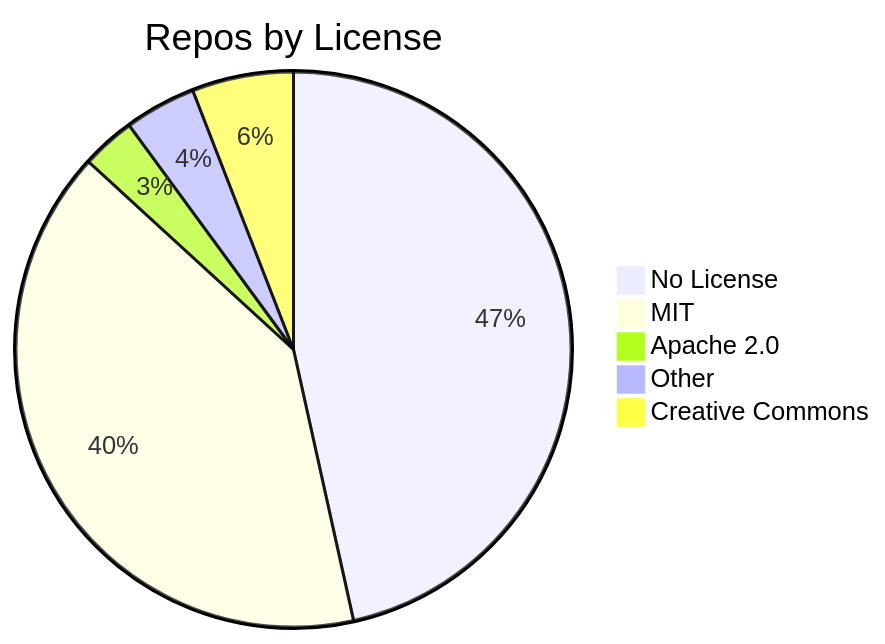
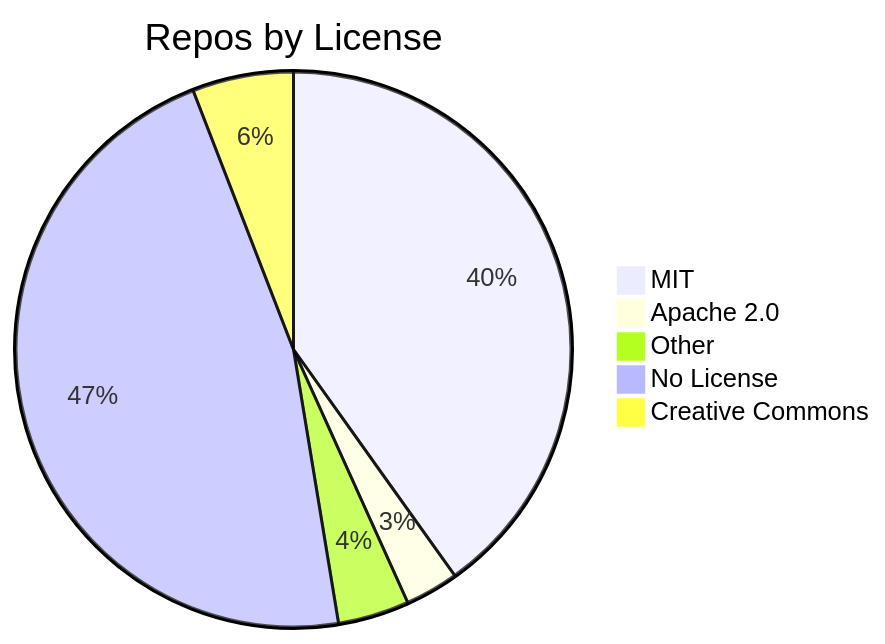
Before and after one commit to jpatterson933/awesome-mcp-server-repo-index: the diagram in README.md, drawn with Mermaid. The commit also changed other lines of this file and 3 other files, not shown here.

````diff
--- a/README.md
+++ b/README.md
@@ -29,8 +29,8 @@
 ```mermaid
 pie title Repos by License
-    "No License" : 134
     "MIT" : 116
     "Apache 2.0" : 9
     "Other" : 12
+    "No License" : 135
     "Creative Commons" : 17
 ```
````
